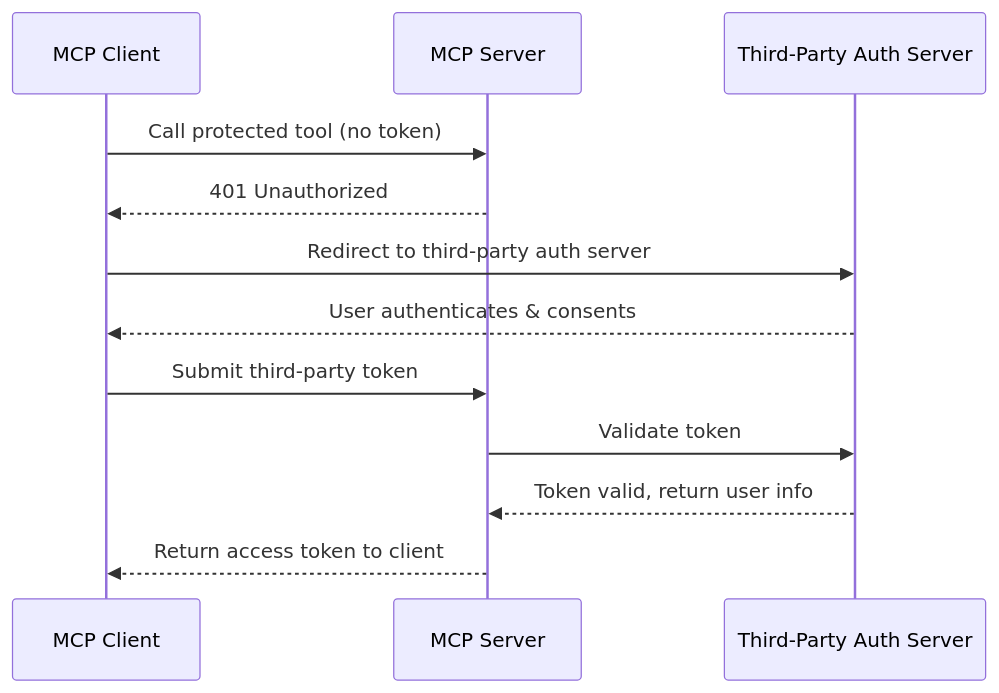
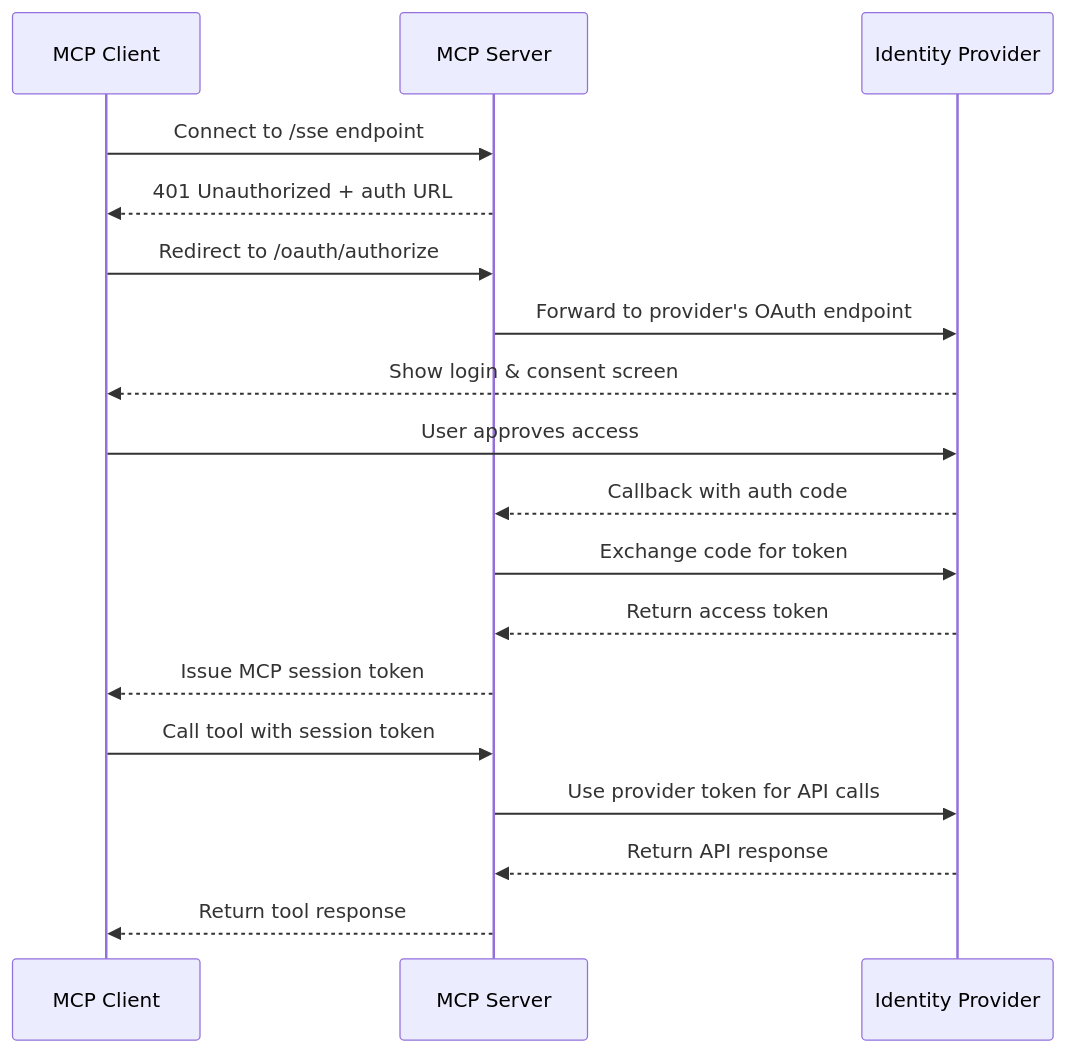
The diagram in mcp/authorization.mdx (ritza-co/speakeasy-developer-docs), drawn with Mermaid before and after one commit. The commit also changed other lines of this file and 2 other files, not shown here.

Commit message:
add sentry to third party auth

````diff
--- a/mcp/authorization.mdx
+++ b/mcp/authorization.mdx
@@ -164,15 +164,21 @@
 ```mermaid
 sequenceDiagram
-    participant C as MCP Client
-    participant S as MCP Server
-    participant A as Third-Party Auth Server
+    participant Client as MCP Client
+    participant Server as MCP Server
+    participant Auth as Identity Provider
 
-    C->>S: Call protected tool (no token)
-    S-->>C: 401 Unauthorized
-    C->>A: Redirect to third-party auth server
-    A-->>C: User authenticates & consents
-    C->>S: Submit third-party token
-    S->>A: Validate token
-    A-->>S: Token valid, return user info
-    S-->>C: Return access token to client
+    Client->>Server: Connect to /sse endpoint
+    Server-->>Client: 401 Unauthorized + auth URL
+    Client->>Server: Redirect to /oauth/authorize
+    Server->>Auth: Forward to provider's OAuth endpoint
+    Auth-->>Client: Show login & consent screen
+    Client->>Auth: User approves access
+    Auth-->>Server: Callback with auth code
+    Server->>Auth: Exchange code for token
+    Auth-->>Server: Return access token
+    Server-->>Client: Issue MCP session token
+    Client->>Server: Call tool with session token
+    Server->>Auth: Use provider token for API calls
+    Auth-->>Server: Return API response
+    Server-->>Client: Return tool response
 ```
````
